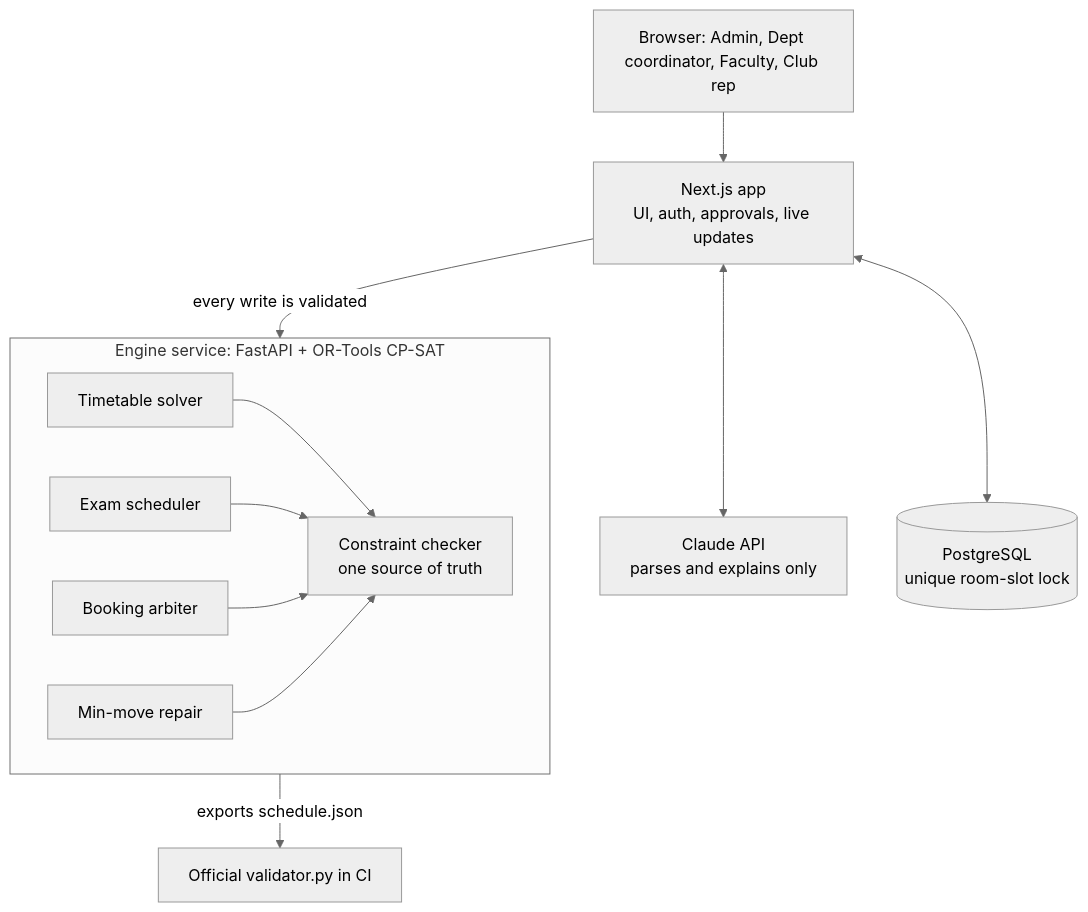
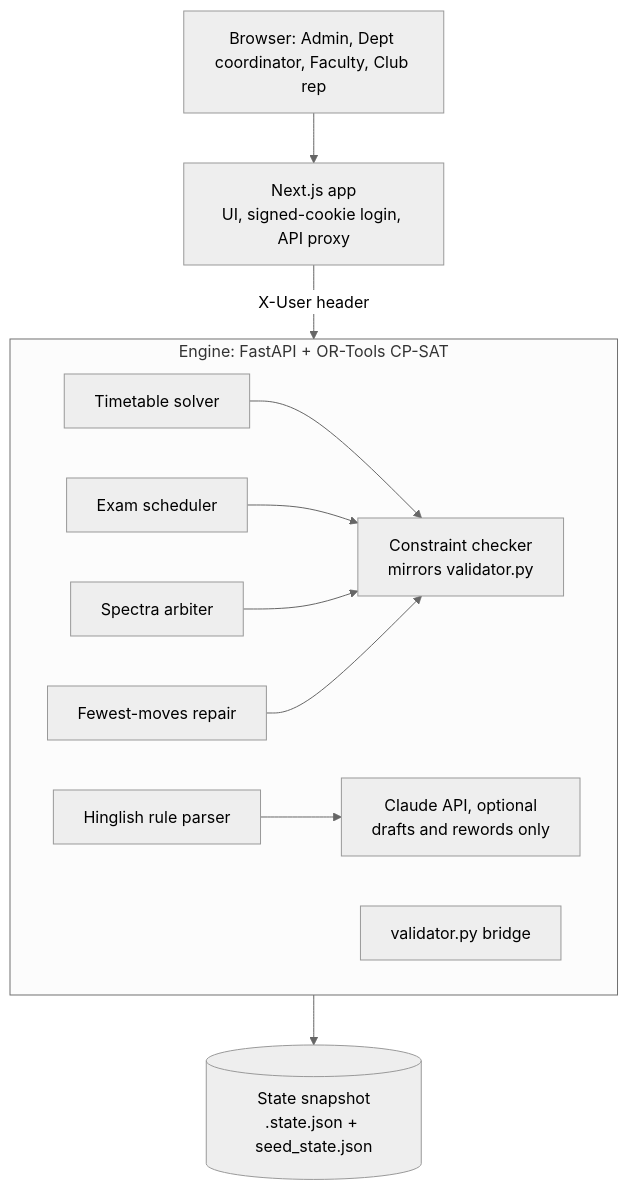
One commit to varshini-0506/CrunchWeek changed the diagram in README.md. Above: the diagram before and after it, drawn with Mermaid (neutral theme). The commit also changed other lines of this file and 50 other files, not shown here.

````diff
--- a/README.md
+++ b/README.md
@@ -9,15 +25,15 @@
 ```mermaid
 flowchart TD
-    B[Browser: Admin, Dept coordinator, Faculty, Club rep] --> W[Next.js app<br/>UI, auth, approvals, live updates]
-    W <--> L[Claude API<br/>parses and explains only]
-    W <--> D[(PostgreSQL<br/>unique room-slot lock)]
-    W -->|every write is validated| E
-    subgraph E[Engine service: FastAPI + OR-Tools CP-SAT]
-        C[Constraint checker<br/>one source of truth]
+    B[Browser: Admin, Dept coordinator, Faculty, Club rep] --> W[Next.js app<br/>UI, signed-cookie login, API proxy]
+    W -->|X-User header| E
+    subgraph E[Engine: FastAPI + OR-Tools CP-SAT]
+        C[Constraint checker<br/>mirrors validator.py]
         S[Timetable solver] --> C
         X[Exam scheduler] --> C
-        A[Booking arbiter] --> C
-        R[Min-move repair] --> C
+        A[Spectra arbiter] --> C
+        R[Fewest-moves repair] --> C
+        N[Hinglish rule parser] --> L[Claude API, optional<br/>drafts and rewords only]
+        V[validator.py bridge]
     end
-    E -->|exports schedule.json| V[Official validator.py in CI]
+    E --> F[(State snapshot<br/>.state.json + seed_state.json)]
 ```
````
